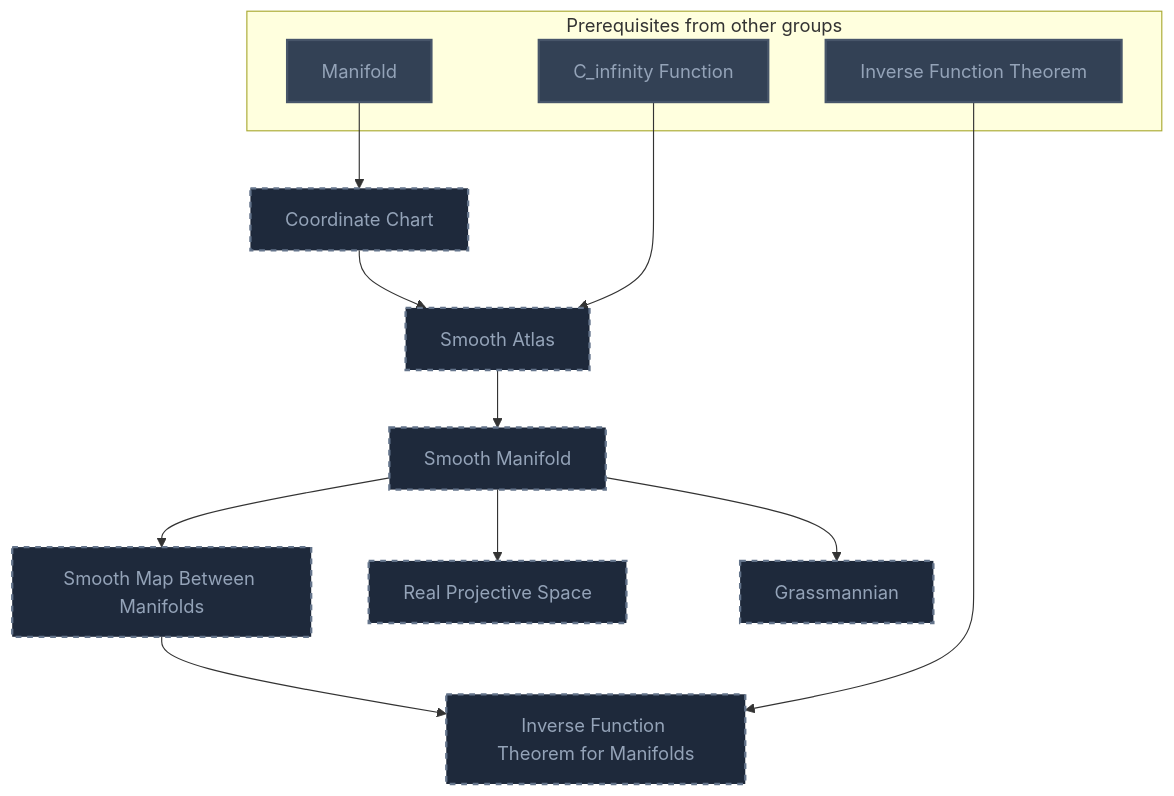
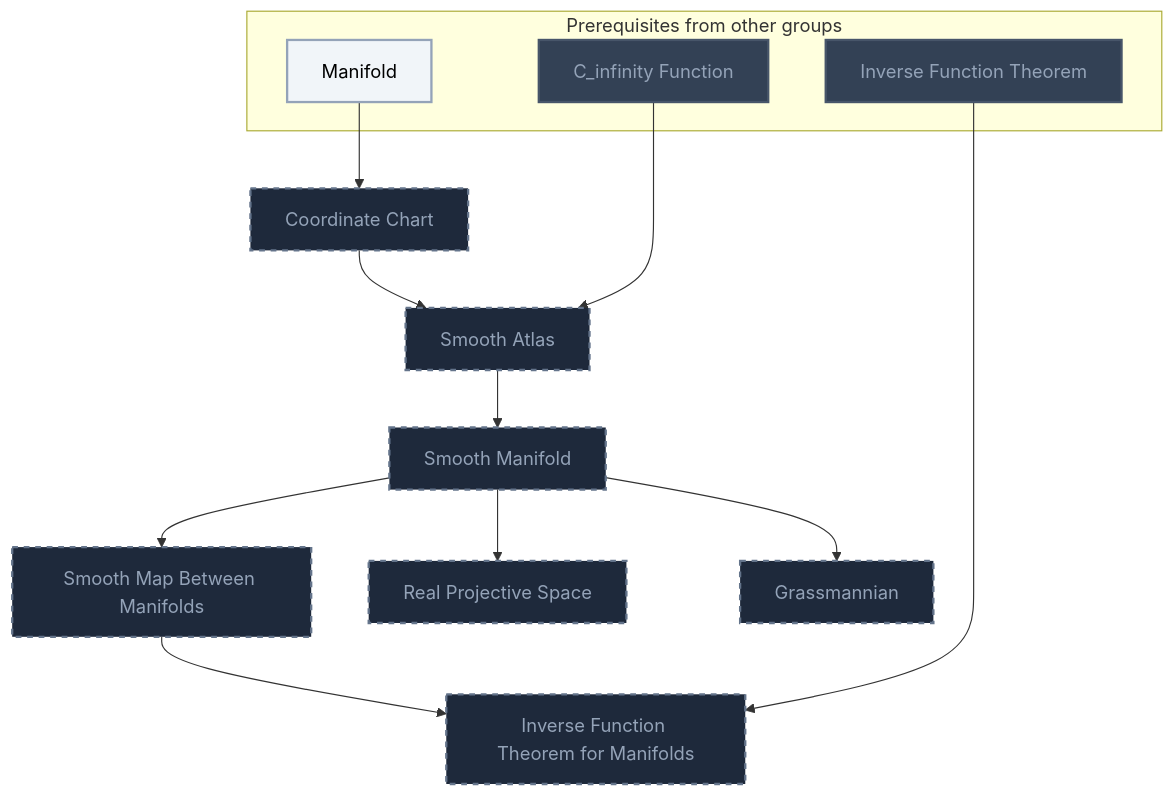
Diagram 13 of 21 in Gamification/Skill Trees/Differential Geometry.md (MRauf1/My-Notes), drawn with Mermaid before and after one commit. The commit also changed other lines of this file and 145 other files, not shown here.

````diff
--- a/Gamification/Skill Trees/Differential Geometry.md
+++ b/Gamification/Skill Trees/Differential Geometry.md
@@ -972,36 +987,37 @@
 ```mermaid
 flowchart TD
     classDef planned fill:#1E293B,stroke:#64748B,stroke-width:2px,stroke-dasharray:5 5,color:#94A3B8;
     classDef locked fill:#334155,stroke:#475569,stroke-width:2px,color:#94A3B8;
     classDef L0 fill:#F1F5F9,stroke:#94A3B8,stroke-width:2px,color:#000000;
     classDef L1 fill:#22C55E,stroke:#15803D,stroke-width:2px,color:#000000;
     classDef L2 fill:#3B82F6,stroke:#1D4ED8,stroke-width:3px,color:#FFFFFF;
     classDef L3 fill:#A855F7,stroke:#6B21A8,stroke-width:3px,color:#FFFFFF,font-weight:bold;
     classDef L4 fill:#F97316,stroke:#C2410C,stroke-width:4px,color:#000000,font-weight:bold;
     classDef L5 fill:#FFD700,stroke:#FF8C00,stroke-width:5px,color:#000000,font-weight:bold;
     classDef rusty stroke:#8B4513,stroke-width:4px,stroke-dasharray:3 3;
     subgraph sg_prereqs["Prerequisites from other groups"]
         n_manifold["Manifold"]
         n_c_infinity_function["C_infinity Function"]
         n_inverse_function_theorem["Inverse Function Theorem"]
     end
     n_coordinate_chart["Coordinate Chart"]
     n_smooth_atlas["Smooth Atlas"]
     n_smooth_manifold["Smooth Manifold"]
     n_smooth_map_between_manifolds["Smooth Map Between Manifolds"]
     n_inverse_function_theorem_for_manifolds["Inverse Function Theorem for Manifolds"]
     n_real_projective_space["Real Projective Space"]
     n_grassmannian["Grassmannian"]
     n_manifold --> n_coordinate_chart
     n_coordinate_chart --> n_smooth_atlas
     n_c_infinity_function --> n_smooth_atlas
     n_smooth_atlas --> n_smooth_manifold
     n_smooth_manifold --> n_smooth_map_between_manifolds
     n_smooth_map_between_manifolds --> n_inverse_function_theorem_for_manifolds
     n_inverse_function_theorem --> n_inverse_function_theorem_for_manifolds
     n_smooth_manifold --> n_real_projective_space
     n_smooth_manifold --> n_grassmannian
     class n_coordinate_chart,n_smooth_atlas,n_smooth_manifold,n_smooth_map_between_manifolds,n_inverse_function_theorem_for_manifolds,n_real_projective_space,n_grassmannian planned;
-    class n_manifold,n_c_infinity_function,n_inverse_function_theorem locked;
+    class n_c_infinity_function,n_inverse_function_theorem locked;
+    class n_manifold L0;
     class n_manifold,n_c_infinity_function,n_inverse_function_theorem internal-link;
 ```
````
